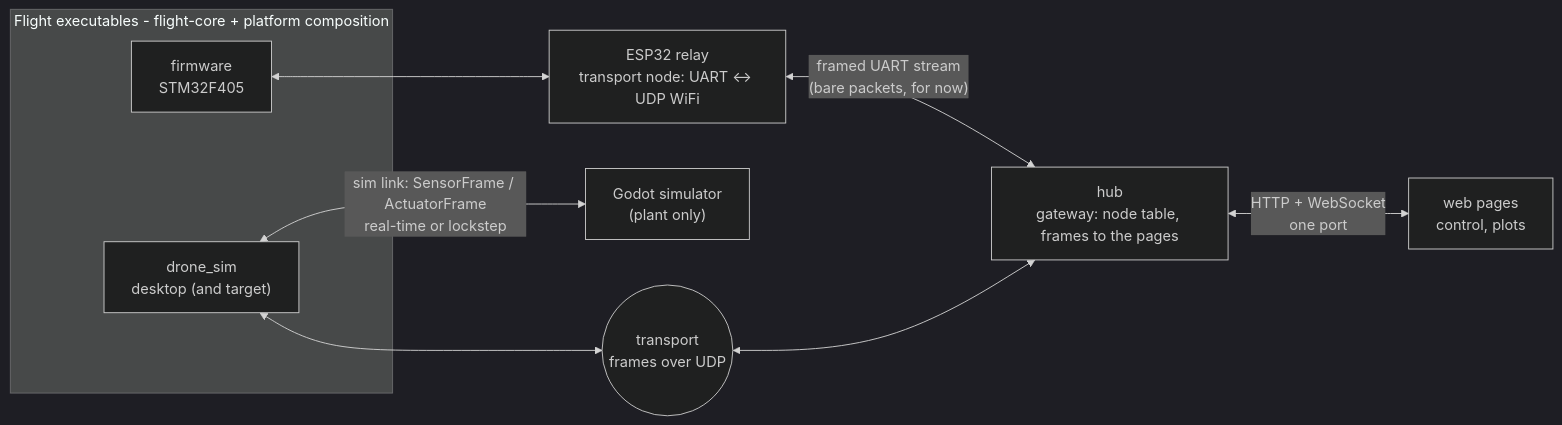
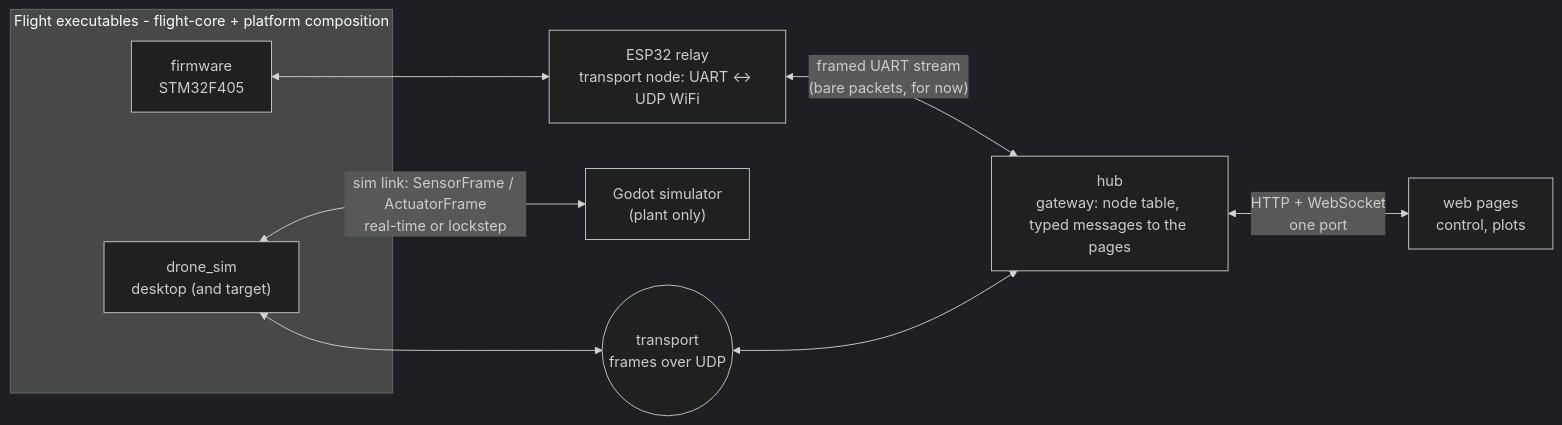
The first of 2 diagrams in docs/architecture.md (Keyrim/drone-mark4), drawn with Mermaid (dark theme) before and after one commit. The commit also changed other lines of this file and 15 other files, not shown here.

````diff
--- a/docs/architecture.md
+++ b/docs/architecture.md
@@ -9,20 +9,20 @@
 ```mermaid
 flowchart LR
     subgraph flight["Flight executables - flight-core + platform composition"]
         FW["firmware<br/>STM32F405"]
         DS["drone_sim<br/>desktop (and target)"]
     end
 
     ESP["ESP32 relay<br/>transport node: UART <-> UDP WiFi"]
     GODOT["Godot simulator<br/>(plant only)"]
-    HUB["hub<br/>gateway: node table, frames to the pages"]
+    HUB["hub<br/>gateway: node table, typed messages to the pages"]
     PAGES["web pages<br/>control, plots"]
     BUS(("transport<br/>frames over UDP"))
 
     FW <--> ESP
     DS <-->|"sim link: SensorFrame / ActuatorFrame<br/>real-time or lockstep"| GODOT
     ESP <-->|"framed UART stream<br/>(bare packets, for now)"| HUB
     DS <--> BUS
     BUS <--> HUB
     HUB <-->|"HTTP + WebSocket<br/>one port"| PAGES
 ```
````
